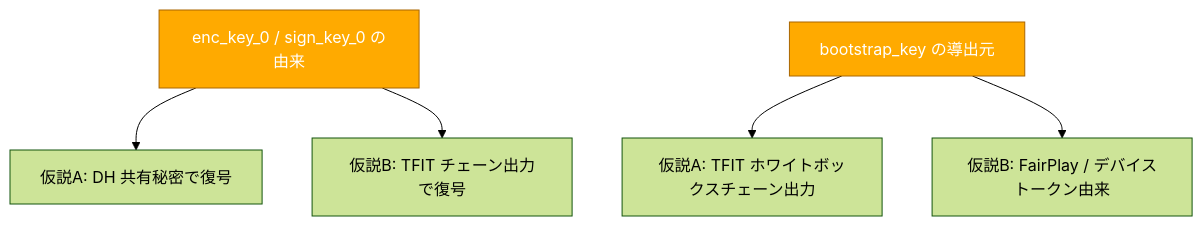
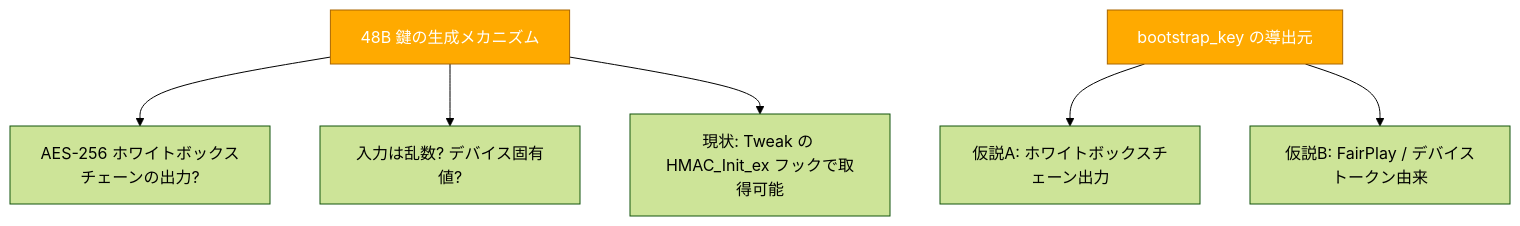
One commit to qtmleap/revkit changed the fifth of 5 diagrams in docs/spec/msl_key_relationship.md. Above: the diagram before and after it, drawn with Mermaid (forest theme). The commit also changed other lines of this file, not shown here.

First line of the commit message:
docs(spec): 鍵関係図に Phase 2 KDF 解明結果と由来不明の 48B 鍵を反映

````diff
--- a/docs/spec/msl_key_relationship.md
+++ b/docs/spec/msl_key_relationship.md
@@ -286,14 +291,15 @@
 ```mermaid
 graph TD
-    Q1["enc_key_0 / sign_key_0 の由来"]
+    Q1["48B 鍵の生成メカニズム"]
     Q2["bootstrap_key の導出元"]
 
-    Q1 --> H1["仮説A: DH 共有秘密で復号"]
-    Q1 --> H2["仮説B: TFIT チェーン出力で復号"]
+    Q1 --> H1["AES-256 ホワイトボックスチェーンの出力?"]
+    Q1 --> H2["入力は乱数? デバイス固有値?"]
+    Q1 --> H3["現状: Tweak の HMAC_Init_ex フックで取得可能"]
 
-    Q2 --> H3["仮説A: TFIT ホワイトボックスチェーン出力"]
-    Q2 --> H4["仮説B: FairPlay / デバイストークン由来"]
+    Q2 --> H4["仮説A: ホワイトボックスチェーン出力"]
+    Q2 --> H5["仮説B: FairPlay / デバイストークン由来"]
 
     style Q1 fill:#fa0,stroke:#a60,color:#fff
     style Q2 fill:#fa0,stroke:#a60,color:#fff
 ```
````
